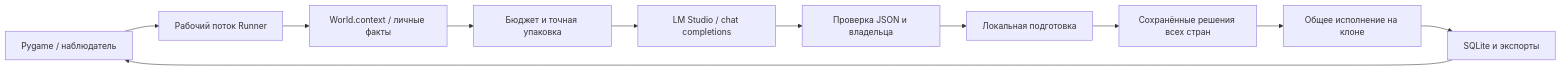
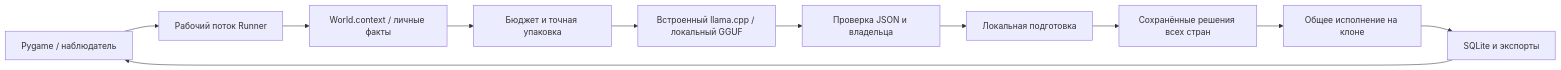
The diagram in docs/ARCHITECTURE.md (TPECKA180/living-planet), drawn with Mermaid before and after one commit. The commit also changed 47 other files, not shown here.

````diff
--- a/docs/ARCHITECTURE.md
+++ b/docs/ARCHITECTURE.md
@@ -5,13 +5,13 @@
 ```mermaid
 flowchart LR
     UI[Pygame / наблюдатель] --> Runner[Рабочий поток Runner]
     Runner --> Context[World.context / личные факты]
     Context --> Budget[Бюджет и точная упаковка]
-    Budget --> LM[LM Studio / chat completions]
+    Budget --> LM[Встроенный llama.cpp / локальный GGUF]
     LM --> Decision[Проверка JSON и владельца]
     Decision --> Prepare[Локальная подготовка]
     Prepare --> Pending[Сохранённые решения всех стран]
     Pending --> Clone[Общее исполнение на клоне]
     Clone --> Store[SQLite и экспорты]
     Store --> UI
 ```
````
